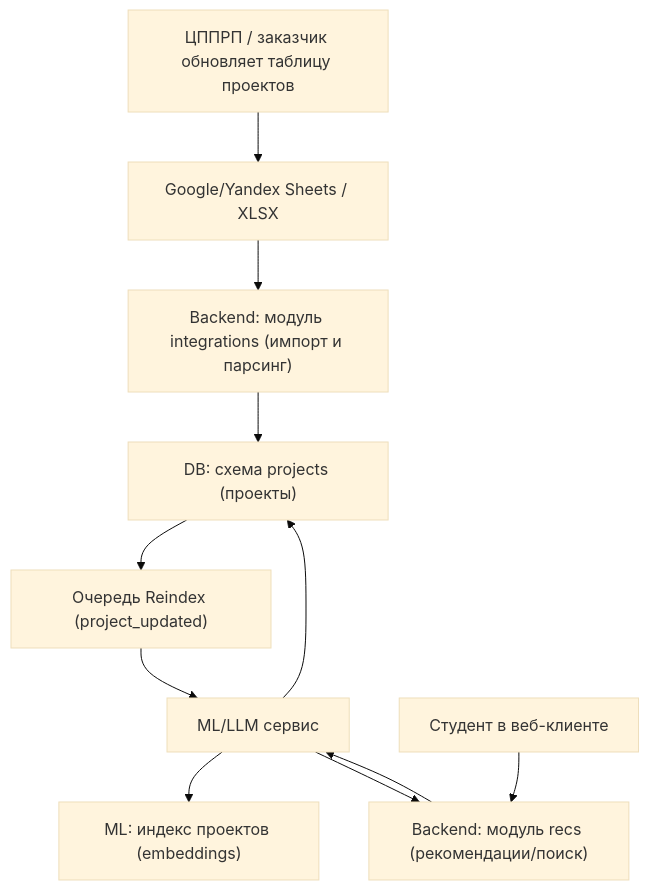
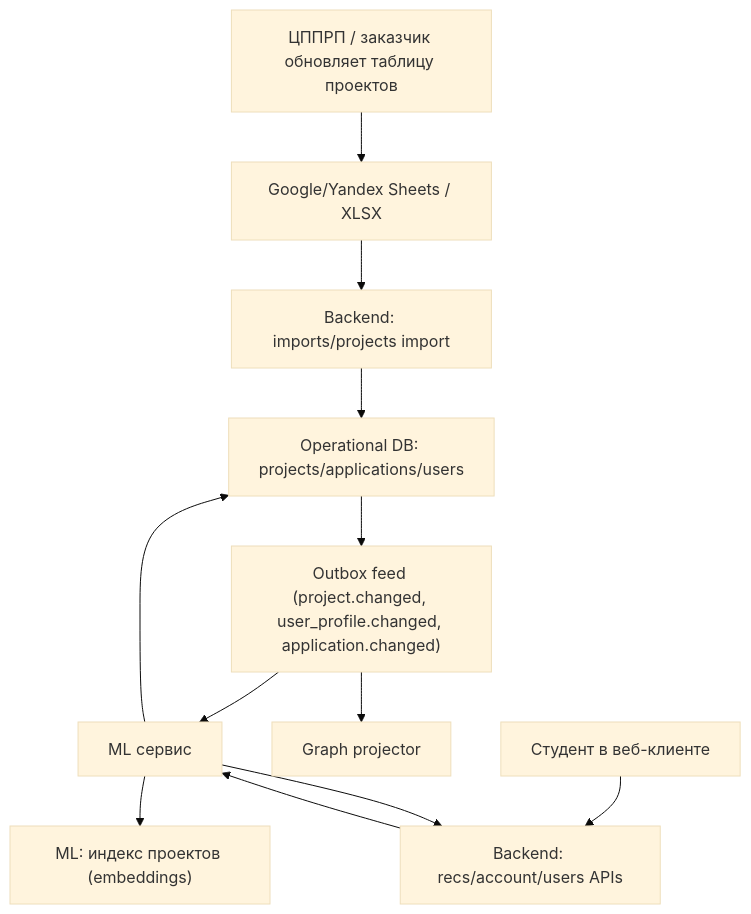
Before and after one commit to krevetka-is-afk/Digital-Student-Assistant: the second of 2 diagrams in docs/10 architectural decision.md, drawn with Mermaid (base theme). The commit also changed other lines of this file and 19 other files, not shown here.

First line of the commit message:
refactor: update README and architectural decisions to reflect Django + DRF implementation

````diff
--- a/docs/10 architectural decision.md
+++ b/docs/10 architectural decision.md
@@ -32,24 +34,26 @@
 ```mermaid
 graph TD
     CP["ЦППРП / заказчик обновляет таблицу проектов"]
     SHEET["Google/Yandex Sheets / XLSX"]
-    IM["Backend: модуль integrations (импорт и парсинг)"]
-    PRJ["DB: схема projects (проекты)"]
-    MQ["Очередь Reindex (project_updated)"]
-    MLS["ML/LLM сервис"]
+    IM["Backend: imports/projects import"]
+    PRJ["Operational DB: projects/applications/users"]
+    OUTBOX["Outbox feed (project.changed, user_profile.changed, application.changed)"]
+    MLS["ML сервис"]
+    GRAPH["Graph projector"]
     EMB["ML: индекс проектов (embeddings)"]
     ST["Студент в веб-клиенте"]
-    API["Backend: модуль recs (рекомендации/поиск)"]
+    API["Backend: recs/account/users APIs"]
 
     CP --> SHEET
     SHEET --> IM
     IM --> PRJ
-    PRJ --> MQ
-    MQ --> MLS
+    PRJ --> OUTBOX
+    OUTBOX --> MLS
+    OUTBOX --> GRAPH
     MLS --> PRJ
     MLS --> EMB
 
     ST --> API
     API --> MLS
     MLS --> API
 ```
````
